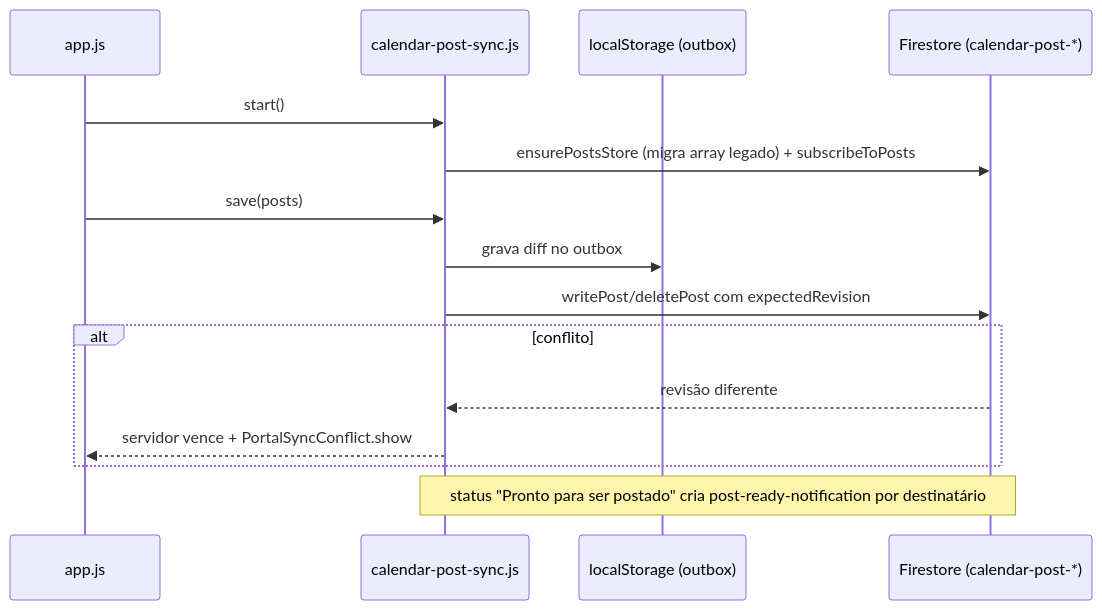
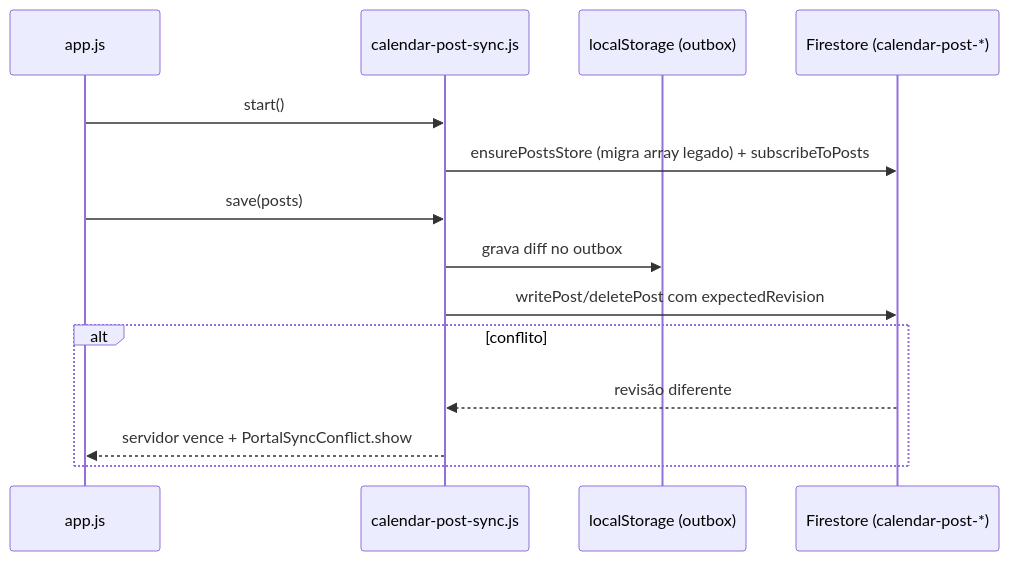
One commit to vonderferramentas-coder/portalmktovd changed the fourth of 6 diagrams in docs/CODEBASE_MAP.md. Above: the diagram before and after it, drawn with Mermaid. The commit also changed other lines of this file and 21 other files, not shown here.

````diff
--- a/docs/CODEBASE_MAP.md
+++ b/docs/CODEBASE_MAP.md
@@ -410,18 +405,17 @@
 ```mermaid
 sequenceDiagram
     participant App as app.js
     participant Sync as calendar-post-sync.js
     participant LS as localStorage (outbox)
     participant FS as Firestore (calendar-post-*)
 
     App->>Sync: start()
     Sync->>FS: ensurePostsStore (migra array legado) + subscribeToPosts
     App->>Sync: save(posts)
     Sync->>LS: grava diff no outbox
     Sync->>FS: writePost/deletePost com expectedRevision
     alt conflito
         FS-->>Sync: revisão diferente
         Sync-->>App: servidor vence + PortalSyncConflict.show
     end
-    Note over Sync,FS: status "Pronto para ser postado" cria post-ready-notification por destinatário
 ```
````
